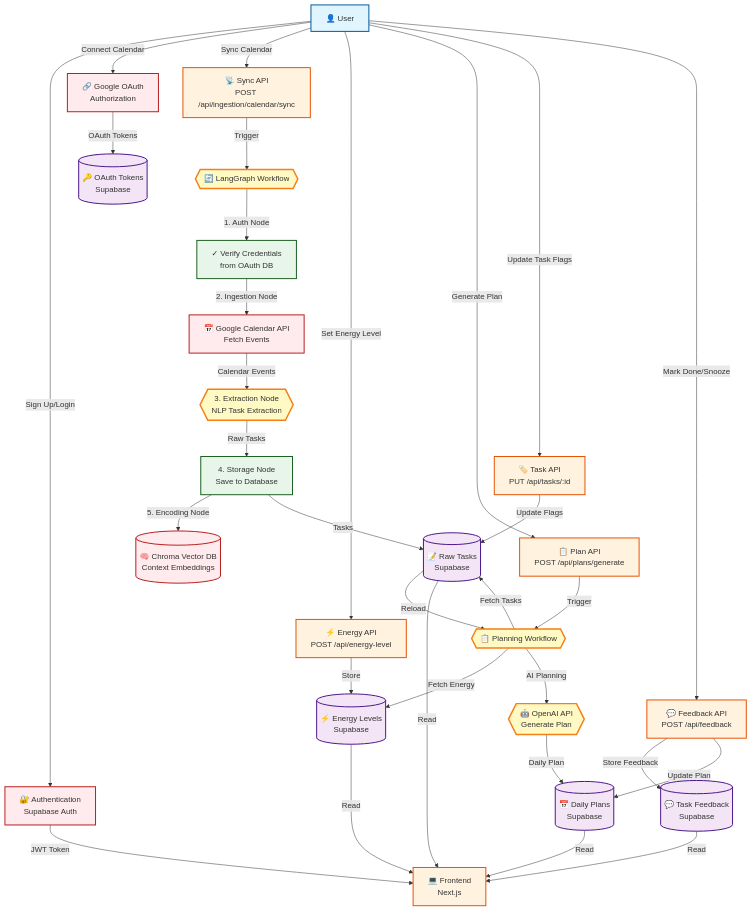
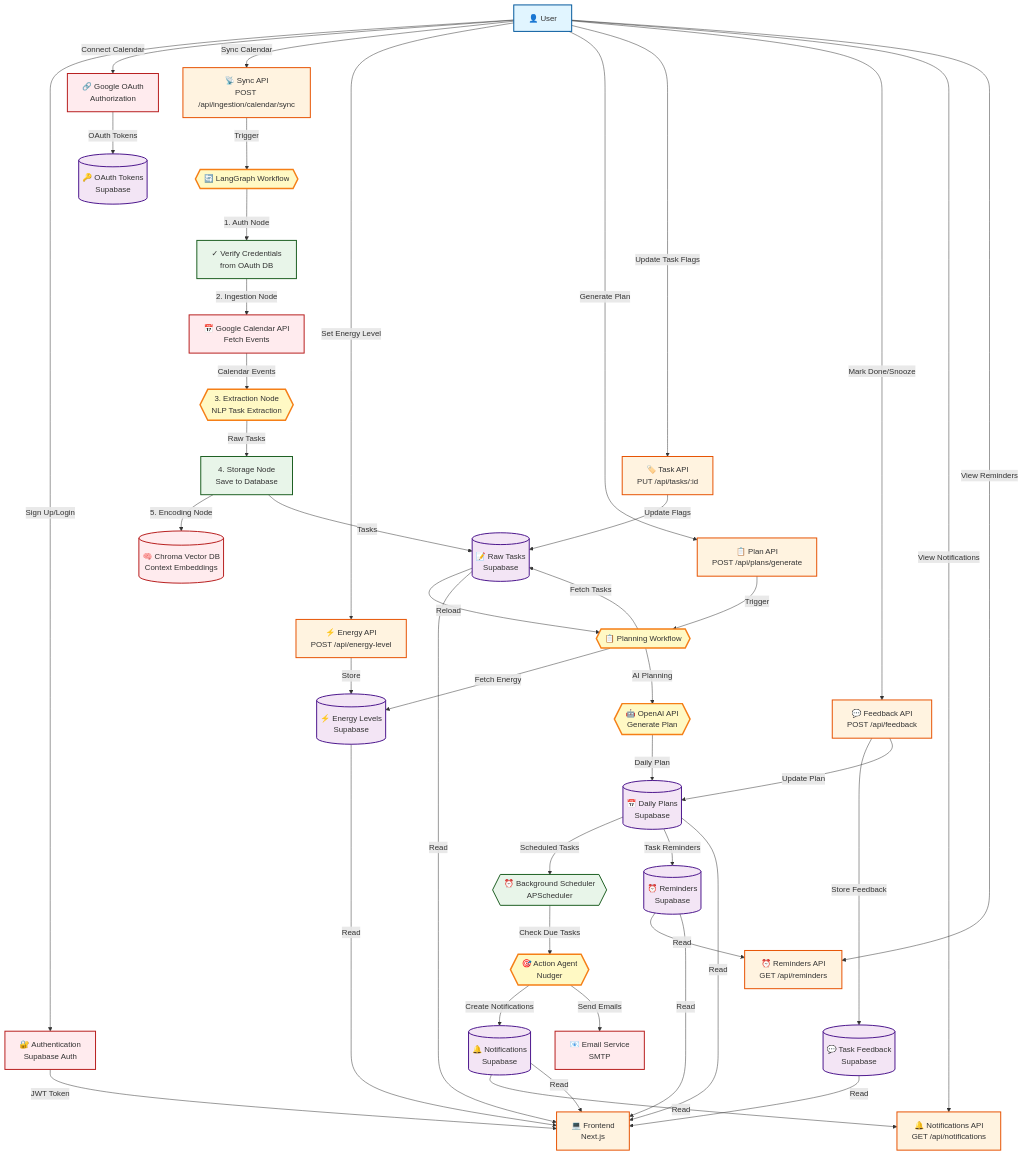
The diagram in README.md (protektiq/lifeflow), drawn with Mermaid before and after one commit. The commit also changed other lines of this file and 32 other files, not shown here.

````diff
--- a/README.md
+++ b/README.md
@@ -26,63 +29,78 @@
 ```mermaid
 graph TB
     %% User Actions
     User[👤 User] -->|Sign Up/Login| Auth[🔐 Authentication<br/>Supabase Auth]
     User -->|Connect Calendar| GoogleOAuth[🔗 Google OAuth<br/>Authorization]
     User -->|Sync Calendar| SyncAPI[📡 Sync API<br/>POST /api/ingestion/calendar/sync]
     User -->|Set Energy Level| EnergyAPI[⚡ Energy API<br/>POST /api/energy-level]
     User -->|Generate Plan| PlanAPI[📋 Plan API<br/>POST /api/plans/generate]
     User -->|Update Task Flags| TaskAPI[🏷️ Task API<br/>PUT /api/tasks/:id]
     User -->|Mark Done/Snooze| FeedbackAPI[💬 Feedback API<br/>POST /api/feedback]
+    User -->|View Notifications| NotifAPI[🔔 Notifications API<br/>GET /api/notifications]
+    User -->|View Reminders| ReminderAPI[⏰ Reminders API<br/>GET /api/reminders]
 
     %% Authentication Flow
     Auth -->|JWT Token| Frontend[💻 Frontend<br/>Next.js]
     GoogleOAuth -->|OAuth Tokens| OAuthDB[(🔑 OAuth Tokens<br/>Supabase)]
 
     %% Calendar Sync Workflow
     SyncAPI -->|Trigger| Workflow{{🔄 LangGraph Workflow}}
     Workflow -->|1. Auth Node| VerifyCreds[✓ Verify Credentials<br/>from OAuth DB]
     VerifyCreds -->|2. Ingestion Node| GoogleAPI[📅 Google Calendar API<br/>Fetch Events]
     GoogleAPI -->|Calendar Events| ExtractNode{{3. Extraction Node<br/>NLP Task Extraction}}
     ExtractNode -->|Raw Tasks| StoreNode[4. Storage Node<br/>Save to Database]
     StoreNode -->|5. Encoding Node| Chroma[(🧠 Chroma Vector DB<br/>Context Embeddings)]
     StoreNode -->|Tasks| TasksDB[(📝 Raw Tasks<br/>Supabase)]
 
     %% Energy Level Flow
     EnergyAPI -->|Store| EnergyDB[(⚡ Energy Levels<br/>Supabase)]
 
     %% Plan Generation Flow
     PlanAPI -->|Trigger| PlanWorkflow{{📋 Planning Workflow}}
     PlanWorkflow -->|Fetch Tasks| TasksDB
     PlanWorkflow -->|Fetch Energy| EnergyDB
     PlanWorkflow -->|AI Planning| OpenAI{{🤖 OpenAI API<br/>Generate Plan}}
     OpenAI -->|Daily Plan| PlansDB[(📅 Daily Plans<br/>Supabase)]
 
     %% Task Management Flow
     TaskAPI -->|Update Flags| TasksDB
     TasksDB -->|Reload| PlanWorkflow
 
     %% Feedback Flow
     FeedbackAPI -->|Store Feedback| FeedbackDB[(💬 Task Feedback<br/>Supabase)]
     FeedbackAPI -->|Update Plan| PlansDB
 
+    %% Notification Flow
+    PlansDB -->|Scheduled Tasks| Scheduler{{⏰ Background Scheduler<br/>APScheduler}}
+    Scheduler -->|Check Due Tasks| ActionAgent{{🎯 Action Agent<br/>Nudger}}
+    ActionAgent -->|Create Notifications| NotifDB[(🔔 Notifications<br/>Supabase)]
+    ActionAgent -->|Send Emails| EmailService[📧 Email Service<br/>SMTP]
+    NotifDB -->|Read| NotifAPI
+    NotifDB -->|Read| Frontend
+
+    %% Reminder Flow
+    PlansDB -->|Task Reminders| ReminderDB[(⏰ Reminders<br/>Supabase)]
+    ReminderDB -->|Read| ReminderAPI
+    ReminderDB -->|Read| Frontend
+
     %% Display Flow
     TasksDB -->|Read| Frontend
     PlansDB -->|Read| Frontend
     EnergyDB -->|Read| Frontend
     FeedbackDB -->|Read| Frontend
 
     %% Styling
     classDef userClass fill:#e1f5ff,stroke:#01579b,stroke-width:2px
     classDef apiClass fill:#fff3e0,stroke:#e65100,stroke-width:2px
     classDef dbClass fill:#f3e5f5,stroke:#4a148c,stroke-width:2px
     classDef agentClass fill:#fff9c4,stroke:#f57f17,stroke-width:3px
     classDef workflowClass fill:#e8f5e9,stroke:#1b5e20,stroke-width:2px
     classDef externalClass fill:#ffebee,stroke:#b71c1c,stroke-width:2px
 
     class User userClass
-    class Frontend,SyncAPI,EnergyAPI,PlanAPI,TaskAPI,FeedbackAPI apiClass
-    class TasksDB,PlansDB,EnergyDB,FeedbackDB,OAuthDB dbClass
-    class Workflow,ExtractNode,PlanWorkflow,OpenAI agentClass
-    class VerifyCreds,StoreNode workflowClass
-    class GoogleAPI,Chroma,Auth,GoogleOAuth externalClass
+    class Frontend,SyncAPI,EnergyAPI,PlanAPI,TaskAPI,FeedbackAPI,NotifAPI,ReminderAPI apiClass
+    class TasksDB,PlansDB,EnergyDB,FeedbackDB,OAuthDB,NotifDB,ReminderDB dbClass
+    class Workflow,ExtractNode,PlanWorkflow,OpenAI,ActionAgent agentClass
+    class VerifyCreds,StoreNode,Scheduler workflowClass
+    class GoogleAPI,Chroma,Auth,GoogleOAuth,EmailService externalClass
 ```
````
